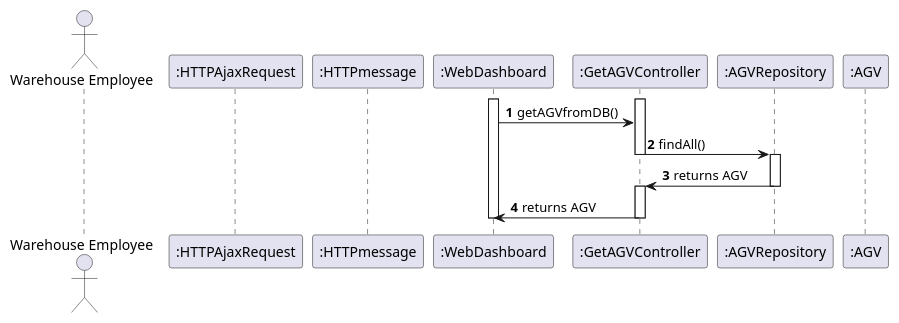
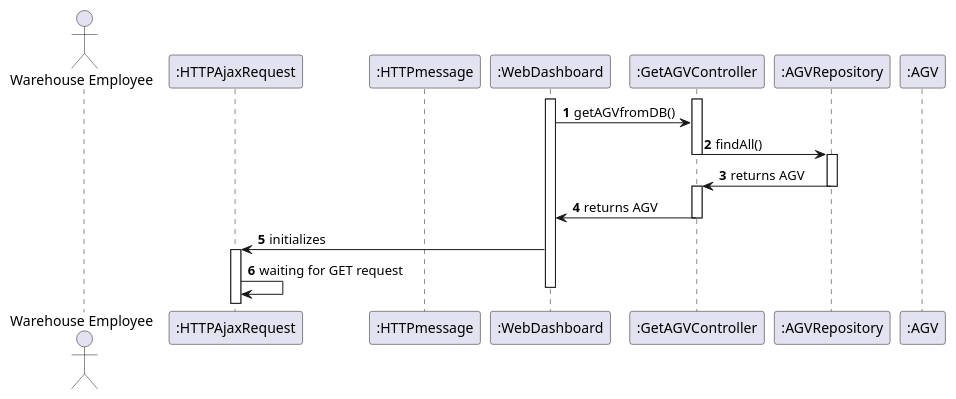
Before and after one commit to marttuga/LAPR4-SmartSystems: the diagram in docs/Sprint3/US2005/US2005_SD.puml, drawn with PlantUML. The commit also changed 1 other file, not shown here.

```diff
--- a/docs/Sprint3/US2005/US2005_SD.puml
+++ b/docs/Sprint3/US2005/US2005_SD.puml
@@ -1,33 +1,36 @@
 @startuml
 autonumber
 actor "Warehouse Employee" as WE
 participant ":HTTPAjaxRequest" as AJAX
 participant ":HTTPmessage" as HTTPM
 participant ":WebDashboard" as WEB
 participant ":GetAGVController" as CTRL
 participant ":AGVRepository" as REPO
 participant ":AGV" as AGV
 
 activate WEB
 activate CTRL
 
 WEB -> CTRL :getAGVfromDB()
 
 CTRL -> REPO: findAll()
 
 deactivate CTRL
 activate REPO
 
 REPO -> CTRL: returns AGV
 
 deactivate REPO
 activate CTRL
 
 CTRL -> WEB: returns AGV
 
 deactivate CTRL
+
+
+WEB -> AJAX: initializes
+activate AJAX
+AJAX -> AJAX: waiting for GET request
 deactivate WEB
 
-
-
 @enduml
```
